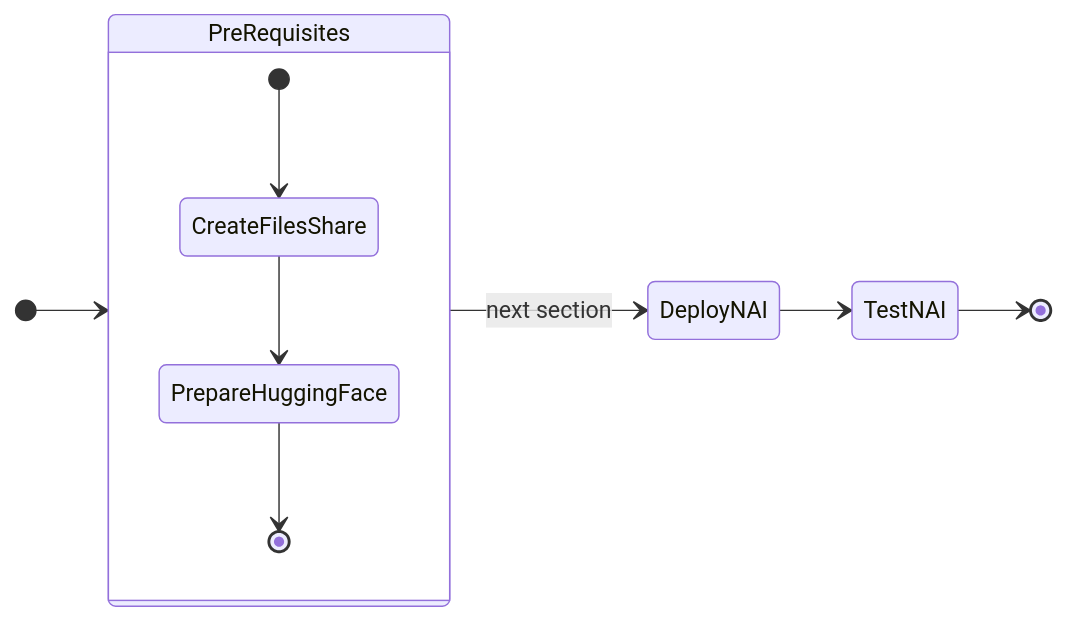
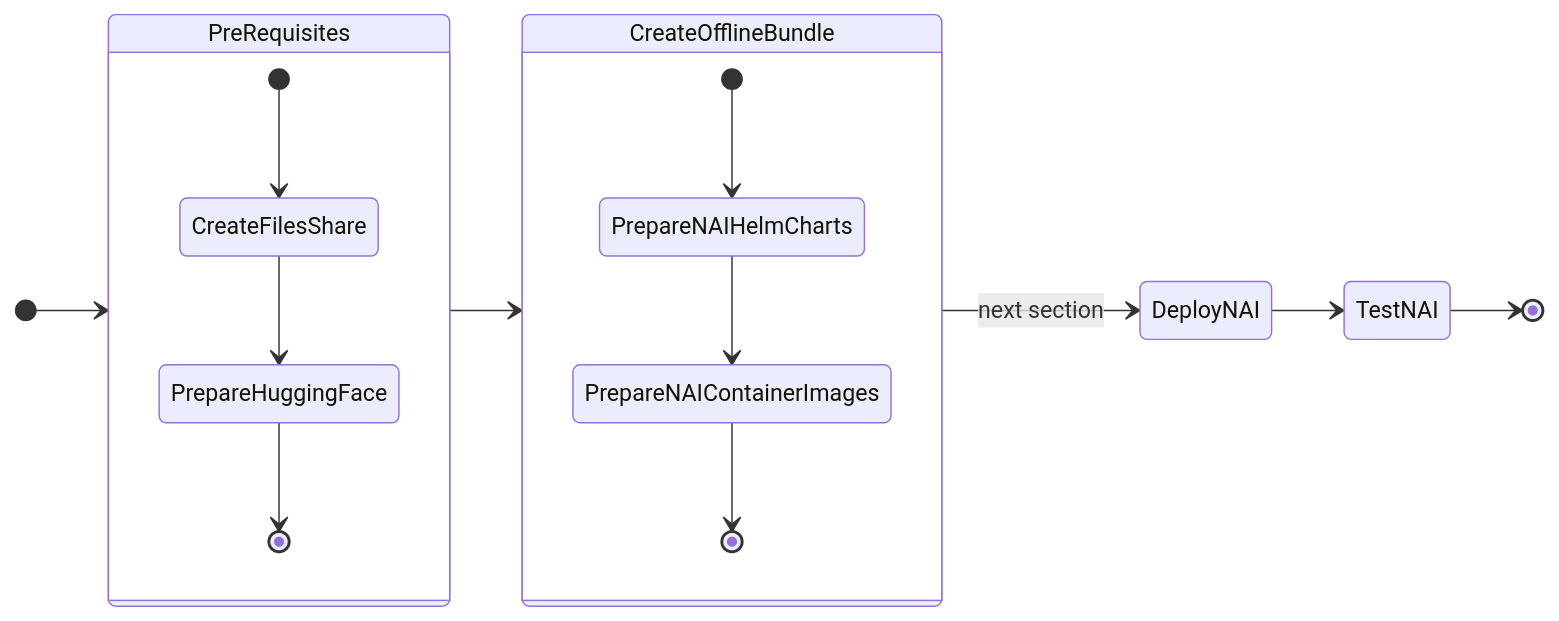
One commit to nutanix-japan/nai-llm changed the first of 2 diagrams in docs/airgap_nai/airgap_nai_pre_reqs.md. Above: the diagram before and after it, drawn with Mermaid. The commit also changed other lines of this file and 7 other files, not shown here.

Commit message:
add: prepare air-gapped nai

````diff
--- a/docs/airgap_nai/airgap_nai_pre_reqs.md
+++ b/docs/airgap_nai/airgap_nai_pre_reqs.md
@@ -7,16 +7,21 @@
 ```mermaid
 stateDiagram-v2
     direction LR
 
     state PreRequisites {
         [*] --> CreateFilesShare  
         CreateFilesShare --> PrepareHuggingFace
         PrepareHuggingFace --> [*]
     }
-  
+    state CreateOfflineBundle {
+        [*] --> PrepareNAIHelmCharts
+        PrepareNAIHelmCharts --> PrepareNAIContainerImages
+        PrepareNAIContainerImages --> [*]
+    }
 
     [*] --> PreRequisites
-    PreRequisites --> DeployNAI : next section
+    PreRequisites --> CreateOfflineBundle
+    CreateOfflineBundle --> DeployNAI : next section
     DeployNAI --> TestNAI
     TestNAI --> [*]
 ```
````
